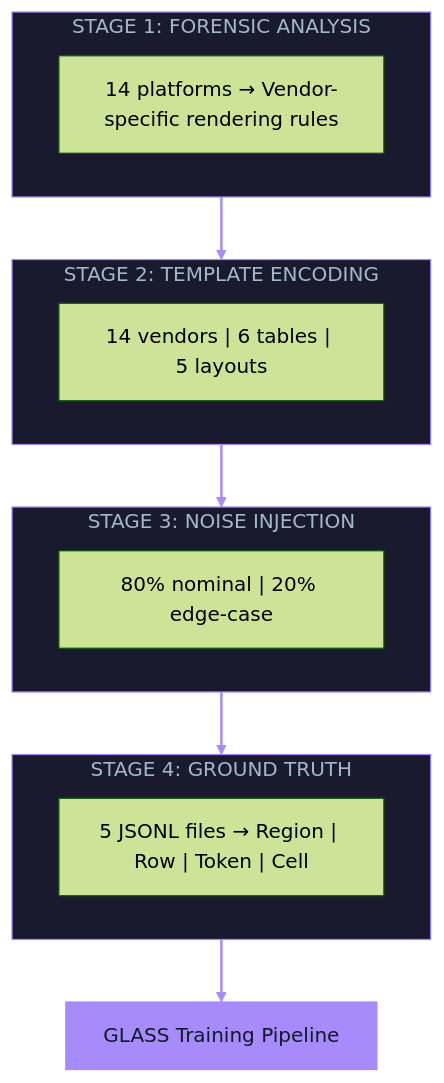
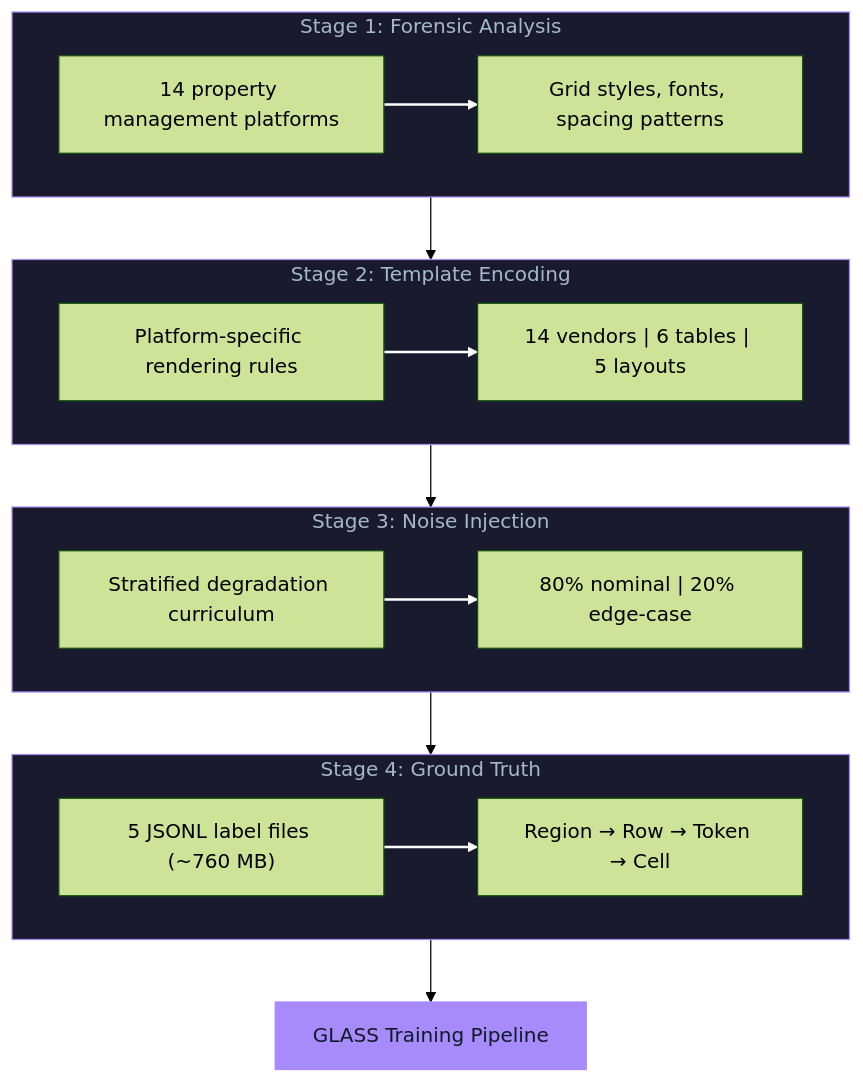
Before and after one commit to ges257/pdf-synth-engine: the first of 7 diagrams in ARCHITECTURE.md, drawn with Mermaid (forest theme).

Commit message:
Sync ARCHITECTURE.md pipeline diagram with README style
- Title case stage names
- Two lines per stage with internal arrows
- White internal arrows for visibility

🤖 Generated with [Claude Code](https://claude.com/claude-code)

````diff
--- a/ARCHITECTURE.md
+++ b/ARCHITECTURE.md
@@ -7,29 +7,37 @@
 ```mermaid
 flowchart TB
-    subgraph S1["STAGE 1: FORENSIC ANALYSIS"]
-        A1["14 platforms → Vendor-specific rendering rules"]
+    subgraph S1["Stage 1: Forensic Analysis"]
+        A1["14 property management platforms"]
+        A2["Grid styles, fonts, spacing patterns"]
+        A1 --> A2
     end
 
-    subgraph S2["STAGE 2: TEMPLATE ENCODING"]
-        B1["14 vendors | 6 tables | 5 layouts"]
+    subgraph S2["Stage 2: Template Encoding"]
+        B1["Platform-specific rendering rules"]
+        B2["14 vendors | 6 tables | 5 layouts"]
+        B1 --> B2
     end
 
-    subgraph S3["STAGE 3: NOISE INJECTION"]
-        C1["80% nominal | 20% edge-case"]
+    subgraph S3["Stage 3: Noise Injection"]
+        C1["Stratified degradation curriculum"]
+        C2["80% nominal | 20% edge-case"]
+        C1 --> C2
     end
 
-    subgraph S4["STAGE 4: GROUND TRUTH"]
-        D1["5 JSONL files → Region | Row | Token | Cell"]
+    subgraph S4["Stage 4: Ground Truth"]
+        D1["5 JSONL label files (~760 MB)"]
+        D2["Region → Row → Token → Cell"]
+        D1 --> D2
     end
 
     S1 --> S2 --> S3 --> S4
 
     S4 --> E["GLASS Training Pipeline"]
 
     style S1 fill:#1a1a2e,stroke:#A78BFA,color:#A3B8CC
     style S2 fill:#1a1a2e,stroke:#A78BFA,color:#A3B8CC
     style S3 fill:#1a1a2e,stroke:#A78BFA,color:#A3B8CC
     style S4 fill:#1a1a2e,stroke:#A78BFA,color:#A3B8CC
     style E fill:#A78BFA,stroke:#A78BFA,color:#0D1B2A
-    linkStyle default stroke:#A78BFA,stroke-width:2px
+    linkStyle 0,1,2,3 stroke:#FFFFFF,stroke-width:2px
 ```
````
